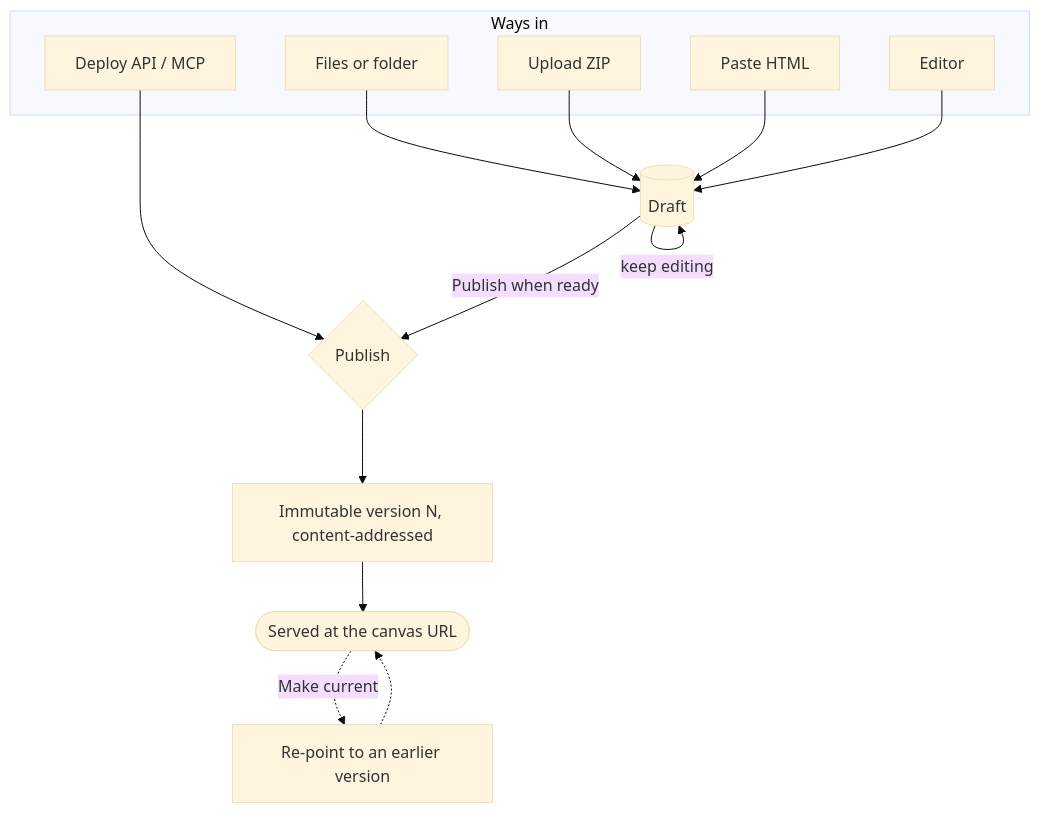
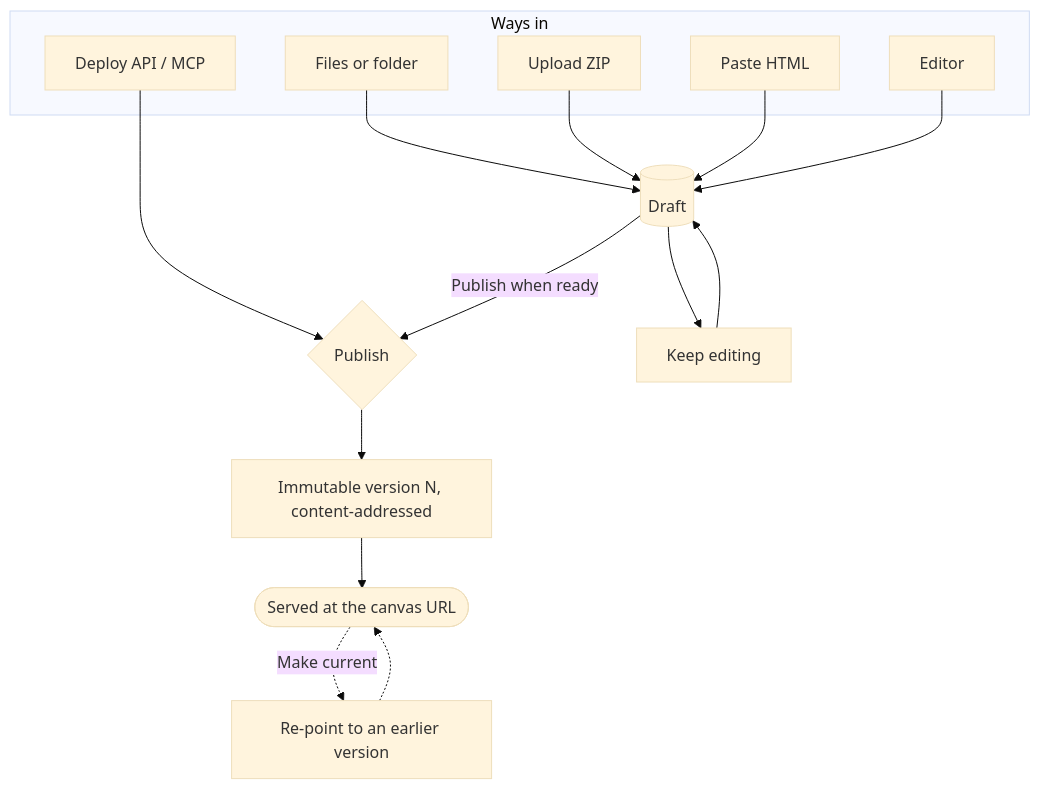
One commit to markpasternak/canvas-drop changed the diagram in docs/site/authoring/create-and-publish.md. Above: the diagram before and after it, drawn with Mermaid (base theme). The commit also changed 32 other files, not shown here.

````diff
--- a/docs/site/authoring/create-and-publish.md
+++ b/docs/site/authoring/create-and-publish.md
@@ -35,21 +35,22 @@
 ```mermaid
 flowchart TD
     subgraph Sources["Ways in"]
       DnD[Files or folder]
       Zip[Upload ZIP]
       Paste[Paste HTML]
       API[Deploy API / MCP]
       Ed[Editor]
     end
     DnD --> Draft[(Draft)]
     Zip --> Draft
     Paste --> Draft
     API --> Pub{Publish}
     Ed --> Draft
-    Draft -->|keep editing| Draft
+    Draft --> Edit[Keep editing]
+    Edit --> Draft
     Draft -->|Publish when ready| Pub
     Pub --> V[Immutable version N, content-addressed]
     V --> Live([Served at the canvas URL])
     Live -.->|Make current| Prev[Re-point to an earlier version]
     Prev -.-> Live
 ```
````
